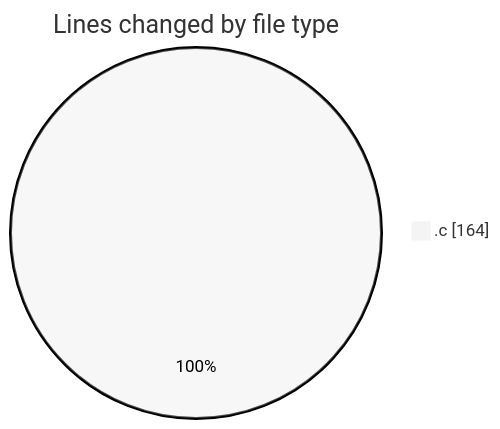
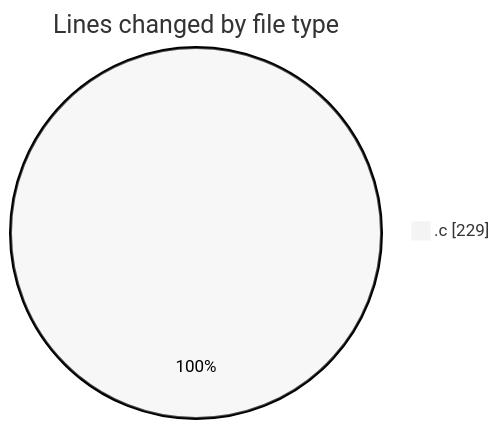
The first of 2 diagrams in 2026-04-02/pws2026/README.md (Unknowalive/code-tracking), drawn with Mermaid (neutral theme) before and after one commit. The commit also changed other lines of this file and 1 other file, not shown here.

````diff
--- a/2026-04-02/pws2026/README.md
+++ b/2026-04-02/pws2026/README.md
@@ -21,5 +22,5 @@
 ```mermaid
 pie showData
 title Lines changed by file type
-".c" : 164
+".c" : 229
 ```
````
